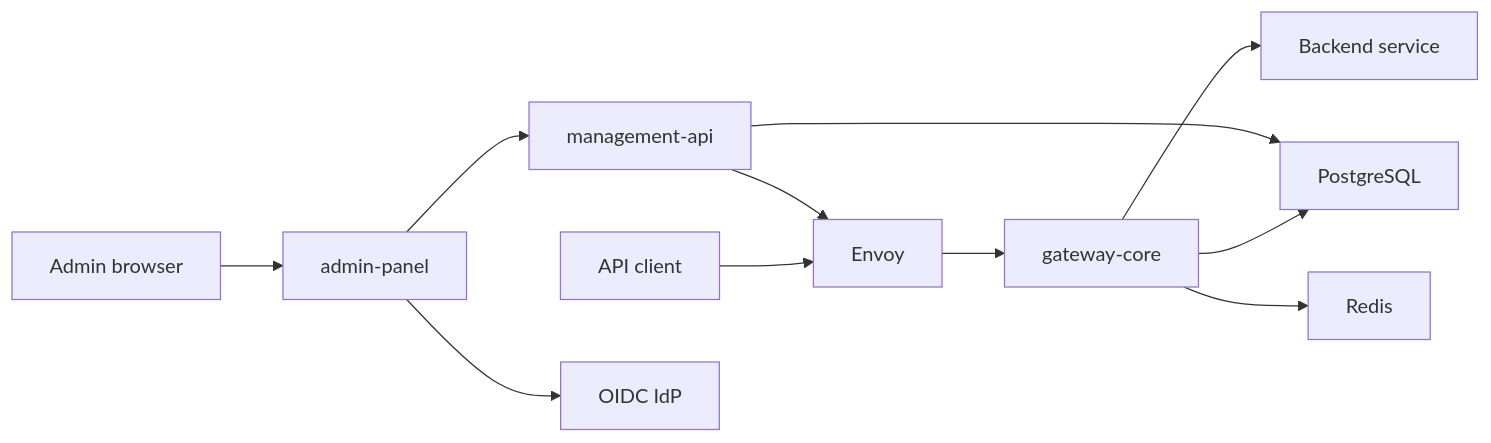
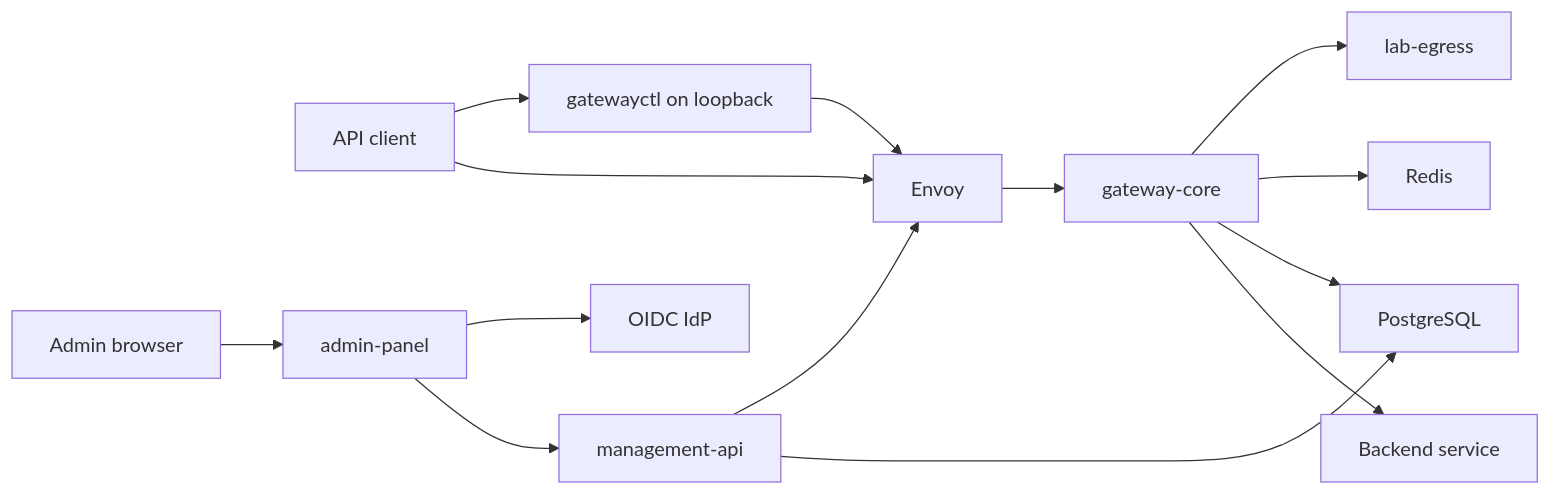
One commit to c4rl0s04/api-gateway-platform changed the diagram in docs/00-map/Project Map.md. Above: the diagram before and after it, drawn with Mermaid. The commit also changed other lines of this file and 7 other files, not shown here.

Commit message:
docs(navigation): surface personal lab and local agent

````diff
--- a/docs/00-map/Project Map.md
+++ b/docs/00-map/Project Map.md
@@ -53,13 +55,16 @@
 ```mermaid
 flowchart LR
     CLIENT["API client"] --> INGRESS["Envoy"]
     INGRESS --> GATEWAY["gateway-core"]
     GATEWAY --> BACKEND["Backend service"]
     GATEWAY --> DATABASE["PostgreSQL"]
     GATEWAY --> REDIS["Redis"]
     ADMIN["Admin browser"] --> PANEL["admin-panel"]
     PANEL --> MANAGEMENT["management-api"]
     PANEL --> KEYCLOAK["OIDC IdP"]
+    CLIENT --> AGENT["gatewayctl on loopback"]
+    AGENT --> INGRESS
     MANAGEMENT --> DATABASE
     MANAGEMENT --> INGRESS
+    GATEWAY --> LABEGRESS["lab-egress"]
 ```
````
